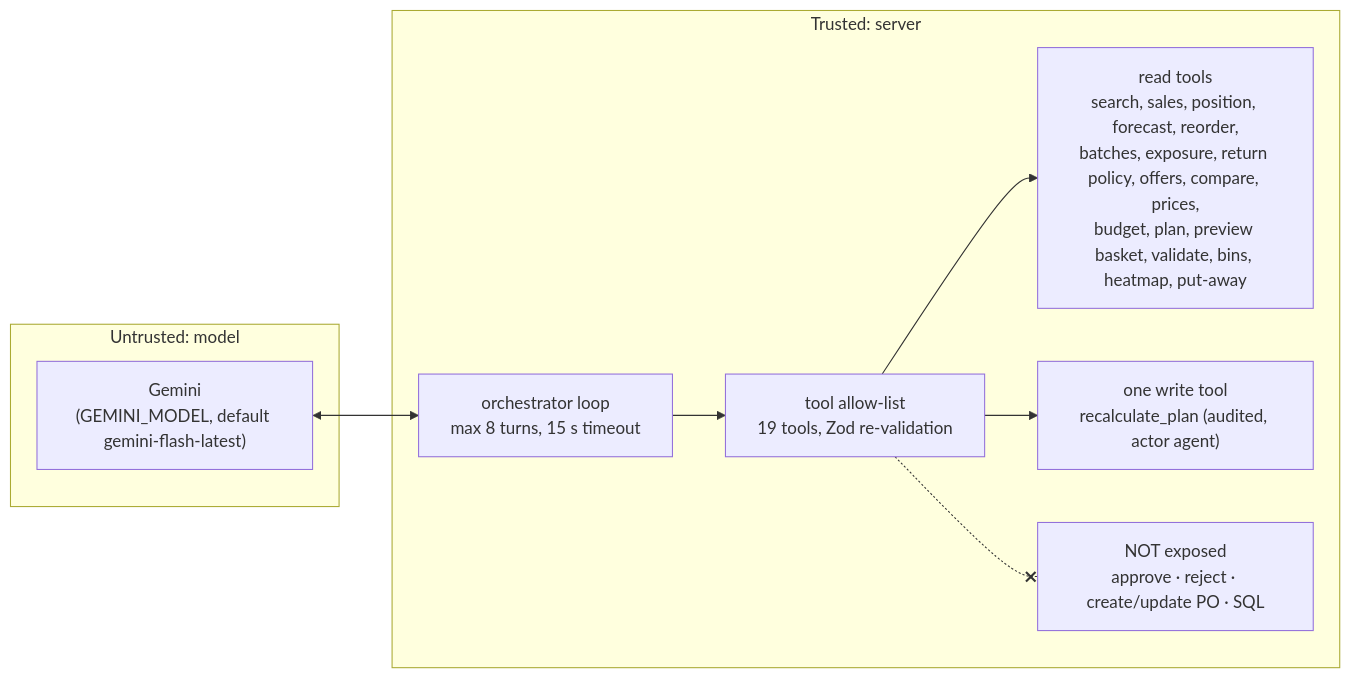
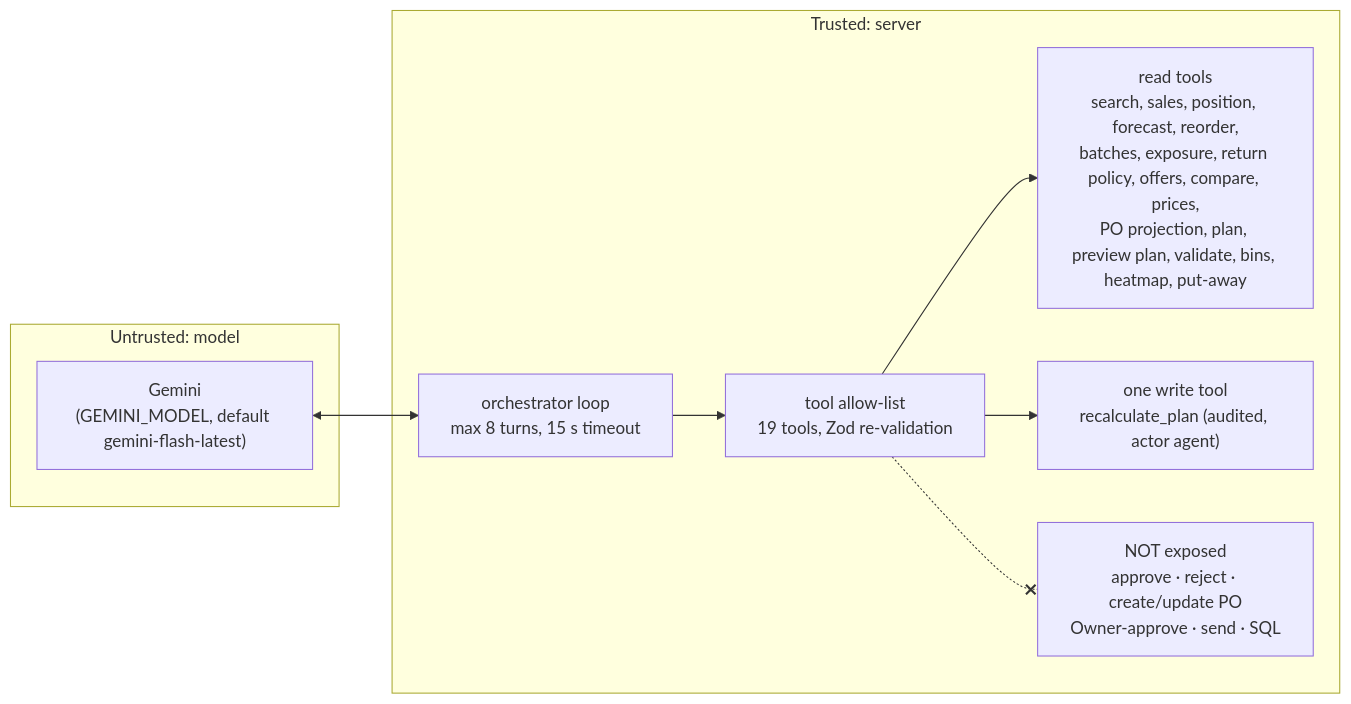
Diagram 19 of 22 in architecture.md (rushshah973/pharmaos), drawn with Mermaid before and after one commit. The commit also changed other lines of this file and 35 other files, not shown here.

First line of the commit message:
Remove the purchase budget; add Owner approval for POs above ₹4,00,000

````diff
--- a/architecture.md
+++ b/architecture.md
@@ -519,18 +549,18 @@
 ```mermaid
 flowchart LR
     subgraph llm["Untrusted: model"]
         m["Gemini<br/>(GEMINI_MODEL, default gemini-flash-latest)"]
     end
     subgraph trusted["Trusted: server"]
         loop["orchestrator loop<br/>max 8 turns, 15 s timeout"]
         allow["tool allow-list<br/>19 tools, Zod re-validation"]
-        ro["read tools<br/>search, sales, position, forecast, reorder,<br/>batches, exposure, return policy, offers, compare, prices,<br/>budget, plan, preview basket, validate, bins, heatmap, put-away"]
+        ro["read tools<br/>search, sales, position, forecast, reorder,<br/>batches, exposure, return policy, offers, compare, prices,<br/>PO projection, plan, preview plan, validate, bins, heatmap, put-away"]
         rw["one write tool<br/>recalculate_plan (audited, actor agent)"]
-        none["NOT exposed<br/>approve · reject · create/update PO · SQL"]
+        none["NOT exposed<br/>approve · reject · create/update PO<br/>Owner-approve · send · SQL"]
     end
     m <--> loop
     loop --> allow
     allow --> ro
     allow --> rw
     allow -.-x none
 ```
````
